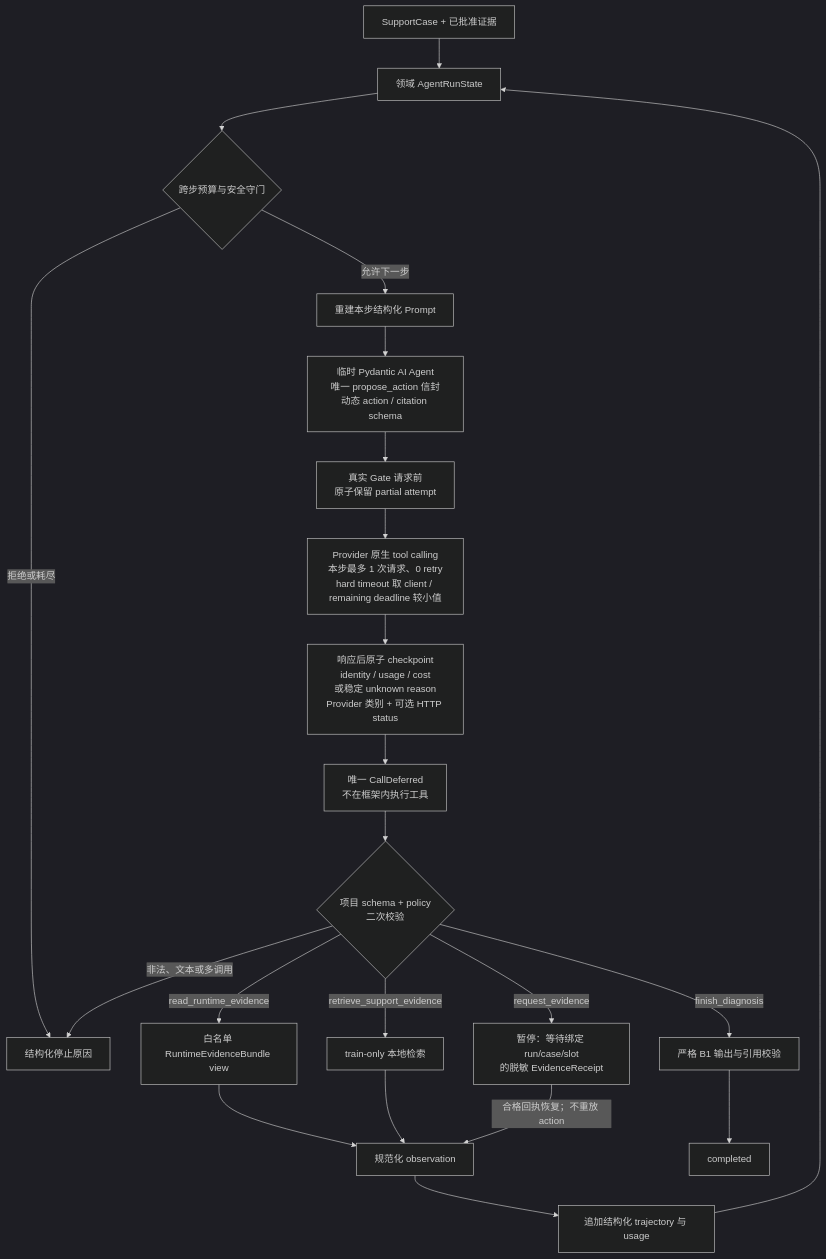
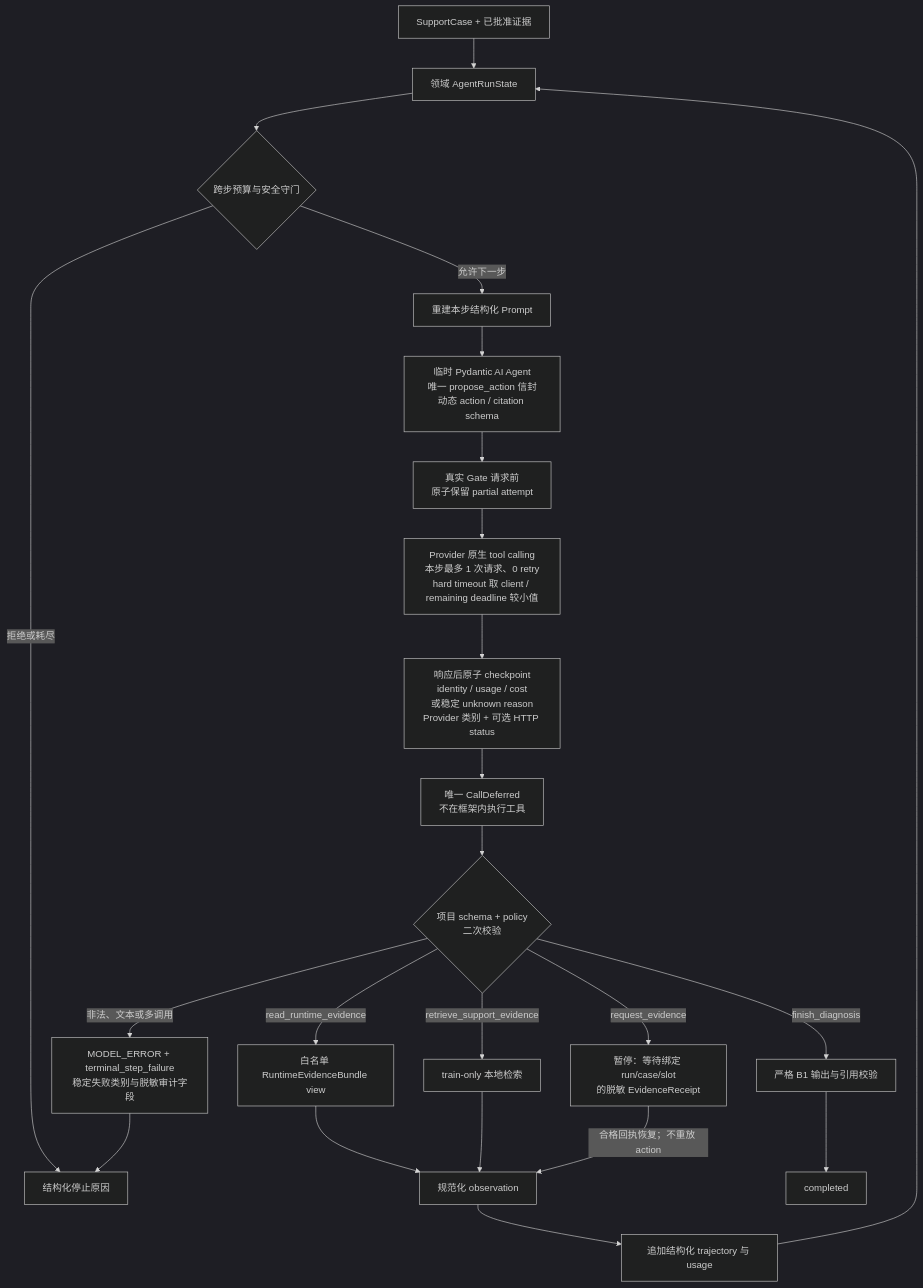
The diagram in docs/architecture/flows/bounded-agent-step.md (Misty02600/nonebot-plugin-triage), drawn with Mermaid (dark theme) before and after one commit. The commit also changed other lines of this file and 7 other files, not shown here.

````diff
--- a/docs/architecture/flows/bounded-agent-step.md
+++ b/docs/architecture/flows/bounded-agent-step.md
@@ -6,24 +6,25 @@
 ```mermaid
 flowchart TD
     A["SupportCase + 已批准证据"] --> S["领域 AgentRunState"]
     S --> B{"跨步预算与安全守门"}
     B -->|"拒绝或耗尽"| Z["结构化停止原因"]
     B -->|"允许下一步"| P["重建本步结构化 Prompt"]
     P --> PA["临时 Pydantic AI Agent<br/>唯一 propose_action 信封<br/>动态 action / citation schema"]
     PA --> Q["真实 Gate 请求前<br/>原子保留 partial attempt"]
     Q --> M["Provider 原生 tool calling<br/>本步最多 1 次请求、0 retry<br/>hard timeout 取 client / remaining deadline 较小值"]
     M --> U["响应后原子 checkpoint<br/>identity / usage / cost<br/>或稳定 unknown reason<br/>Provider 类别 + 可选 HTTP status"]
     U --> D["唯一 CallDeferred<br/>不在框架内执行工具"]
     D --> V{"项目 schema + policy<br/>二次校验"}
-    V -->|"非法、文本或多调用"| Z
+    V -->|"非法、文本或多调用"| TF["MODEL_ERROR + terminal_step_failure<br/>稳定失败类别与脱敏审计字段"]
+    TF --> Z
     V -->|"read_runtime_evidence"| R["白名单 RuntimeEvidenceBundle view"]
     V -->|"retrieve_support_evidence"| K["train-only 本地检索"]
     V -->|"request_evidence"| H["暂停：等待绑定 run/case/slot<br/>的脱敏 EvidenceReceipt"]
     V -->|"finish_diagnosis"| F["严格 B1 输出与引用校验"]
     R --> O["规范化 observation"]
     K --> O
     O --> T["追加结构化 trajectory 与 usage"]
     T --> S
     H -->|"合格回执恢复；不重放 action"| O
     F --> C["completed"]
 ```
````
